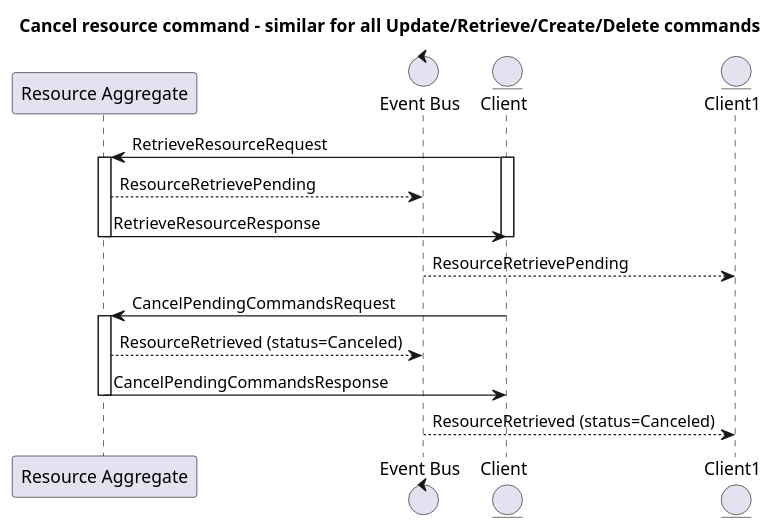
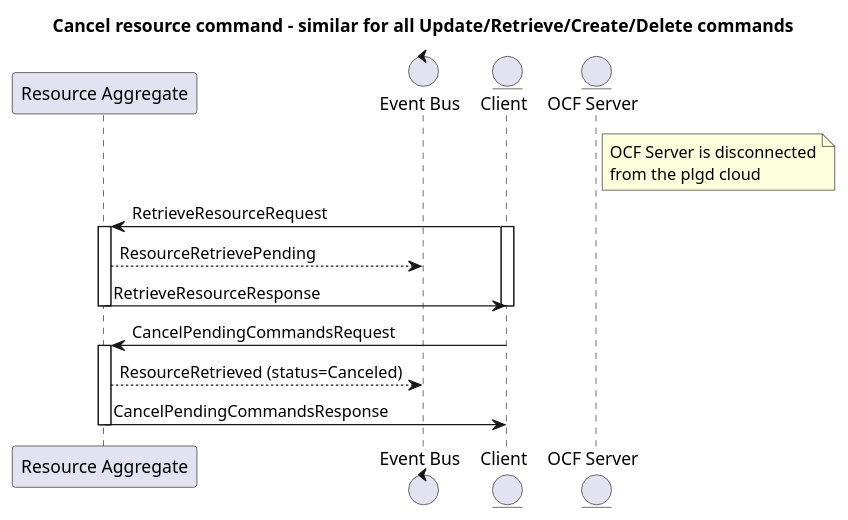
The ninth of 10 diagrams in resource-aggregate/.plantuml (plgd-dev/hub), drawn with PlantUML before and after one commit. The commit also changed other lines of this file and 2 other files, not shown here.

```diff
--- a/resource-aggregate/.plantuml
+++ b/resource-aggregate/.plantuml
@@ -242,25 +242,28 @@
 @startuml
 title "Cancel resource command - similar for all Update/Retrieve/Create/Delete commands"
 
 participant "Resource Aggregate" as ResourceAggregate
 control "Event Bus" as Bus
 entity "Client" as Client
-entity "Client1" as Client1
+entity "OCF Server" as Server
+
+note right of Server
+    OCF Server is disconnected
+    from the plgd cloud
+end note
 
 Client -> ResourceAggregate : RetrieveResourceRequest
 activate Client
 activate ResourceAggregate
 ResourceAggregate --> Bus : ResourceRetrievePending
 ResourceAggregate -> Client : RetrieveResourceResponse
 deactivate ResourceAggregate
 deactivate Client
-Bus --> Client1 : ResourceRetrievePending
 
 Client -> ResourceAggregate : CancelPendingCommandsRequest
 activate ResourceAggregate
 ResourceAggregate --> Bus : ResourceRetrieved (status=Canceled)
 ResourceAggregate -> Client : CancelPendingCommandsResponse
 deactivate ResourceAggregate
 deactivate Client
-Bus --> Client1 : ResourceRetrieved (status=Canceled)
 @enduml
```
